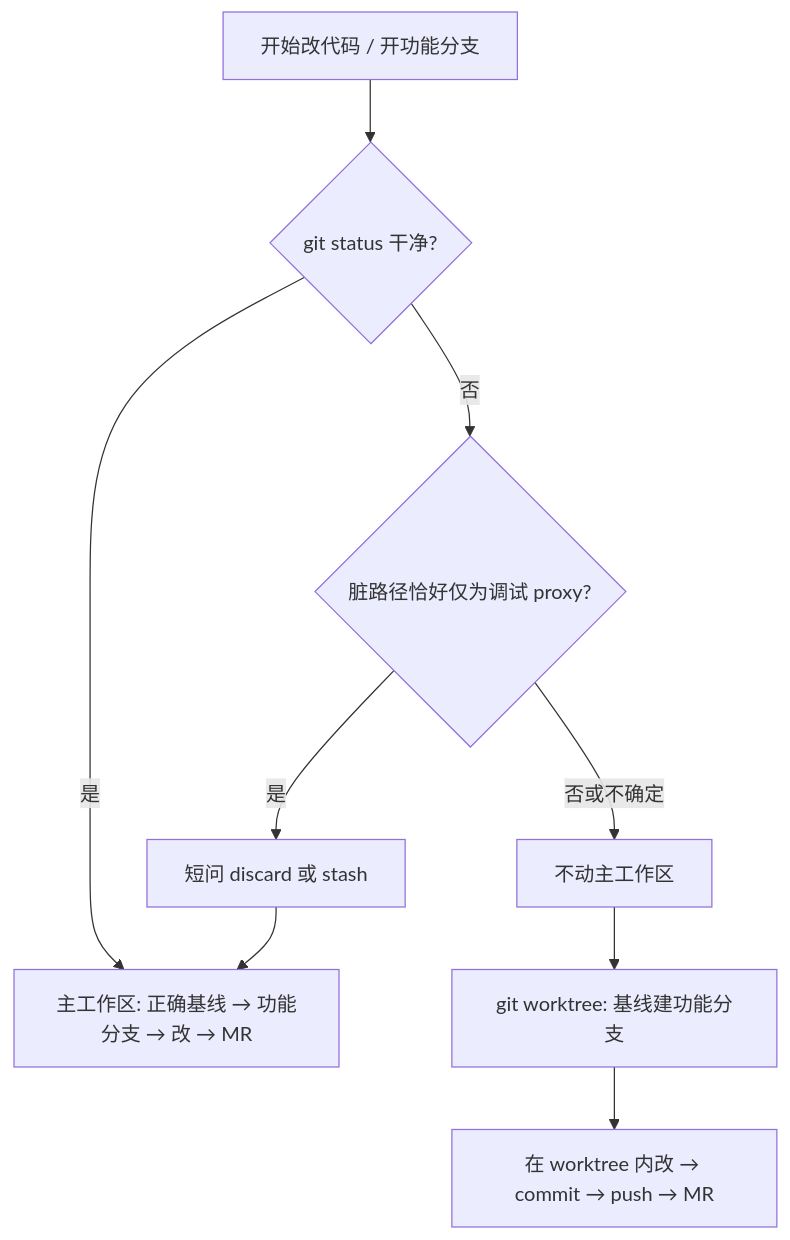
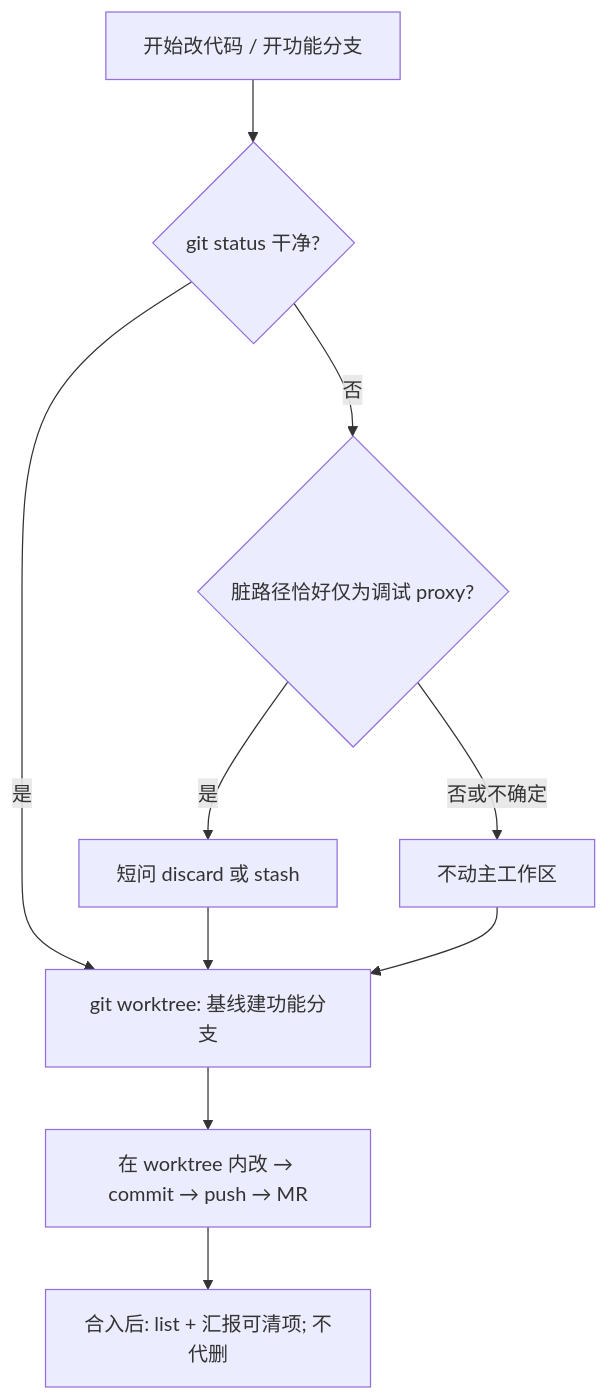
Before and after one commit to tserom/team-agent-standards: the diagram in docs/standards/dirty-workspace-worktree.md, drawn with Mermaid. The commit also changed other lines of this file and 4 other files, not shown here.

````diff
--- a/docs/standards/dirty-workspace-worktree.md
+++ b/docs/standards/dirty-workspace-worktree.md
@@ -19,10 +19,11 @@
 ```mermaid
 flowchart TD
   A[开始改代码 / 开功能分支] --> B{git status 干净?}
-  B -->|是| C[主工作区: 正确基线 → 功能分支 → 改 → MR]
+  B -->|是| G[git worktree: 基线建功能分支]
   B -->|否| D{脏路径恰好仅为调试 proxy?}
-  D -->|是| E[短问 discard 或 stash] --> C
+  D -->|是| E[短问 discard 或 stash] --> G
   D -->|否或不确定| F[不动主工作区]
-  F --> G[git worktree: 基线建功能分支]
+  F --> G
   G --> H[在 worktree 内改 → commit → push → MR]
+  H --> I[合入后: list + 汇报可清项; 不代删]
 ```
````
